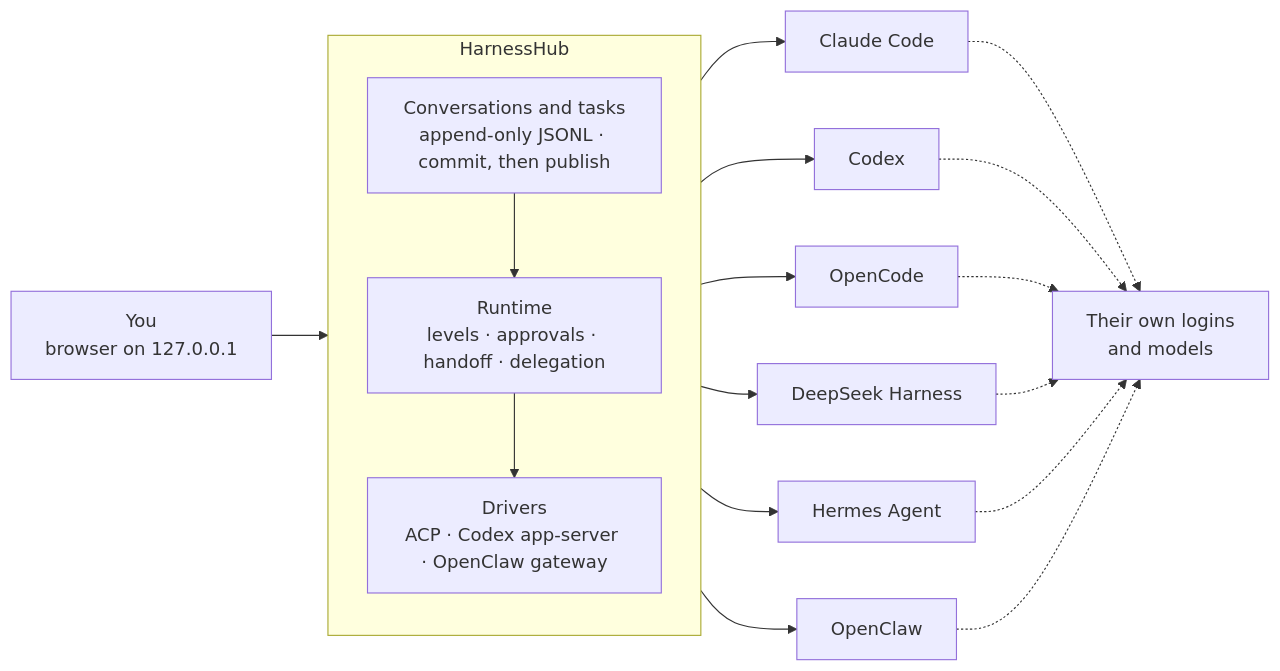
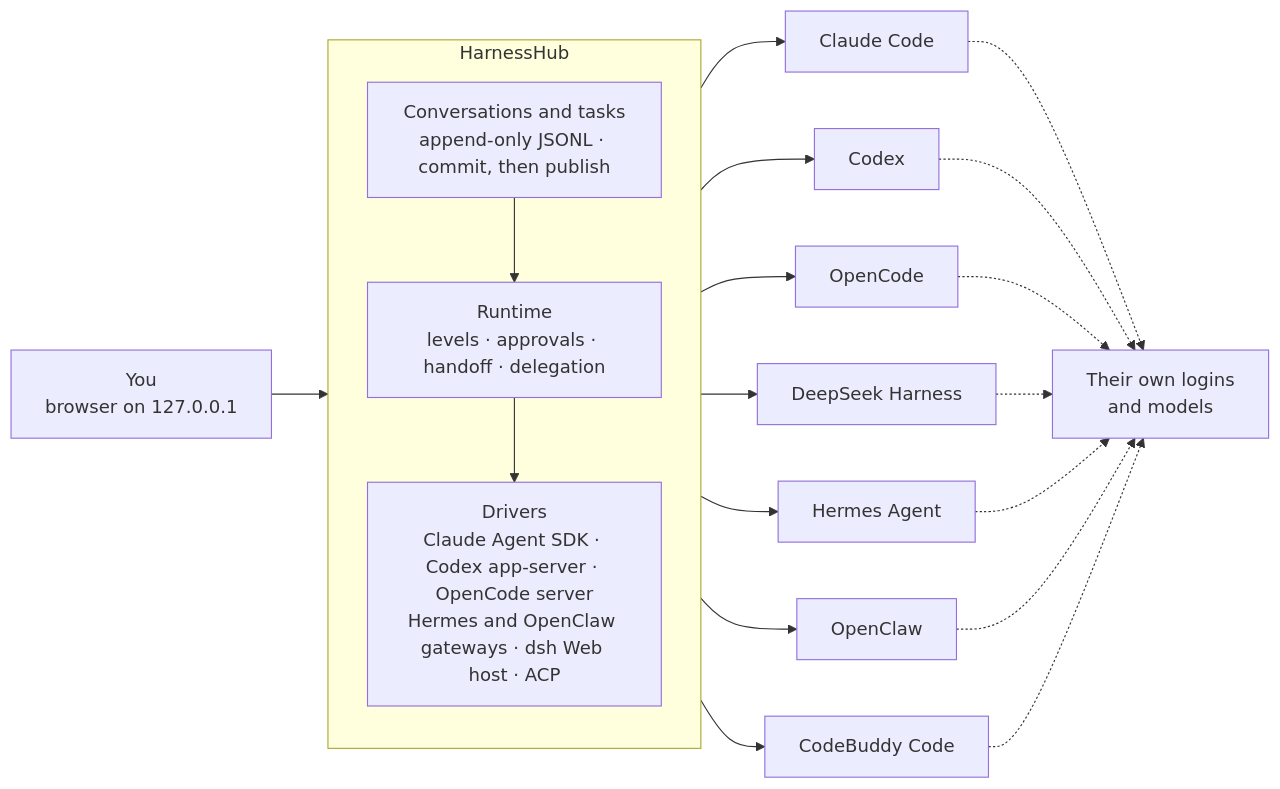
One commit to wyzz973/HarnessHub changed the diagram in README.md. Above: the diagram before and after it, drawn with Mermaid. The commit also changed other lines of this file and 3 other files, not shown here.

````diff
--- a/README.md
+++ b/README.md
@@ -96,16 +97,16 @@
 ```mermaid
 flowchart LR
     You["You<br/>browser on 127.0.0.1"] --> Hub
 
     subgraph Hub["HarnessHub"]
         direction TB
         S["Conversations and tasks<br/>append-only JSONL · commit, then publish"]
         R["Runtime<br/>levels · approvals · handoff · delegation"]
-        D["Drivers<br/>ACP · Codex app-server · OpenClaw gateway"]
+        D["Drivers<br/>Claude Agent SDK · Codex app-server · OpenCode server<br/>Hermes and OpenClaw gateways · dsh Web host · ACP"]
         S --> R --> D
     end
 
-    D --> CC["Claude Code"] & CX["Codex"] & OC["OpenCode"] & DS["DeepSeek Harness"] & HE["Hermes Agent"] & CL["OpenClaw"]
+    D --> CC["Claude Code"] & CX["Codex"] & OC["OpenCode"] & DS["DeepSeek Harness"] & HE["Hermes Agent"] & CL["OpenClaw"] & CB["CodeBuddy Code"]
 
-    CC & CX & OC & DS & HE & CL -.-> M["Their own logins<br/>and models"]
+    CC & CX & OC & DS & HE & CL & CB -.-> M["Their own logins<br/>and models"]
 ```
````
